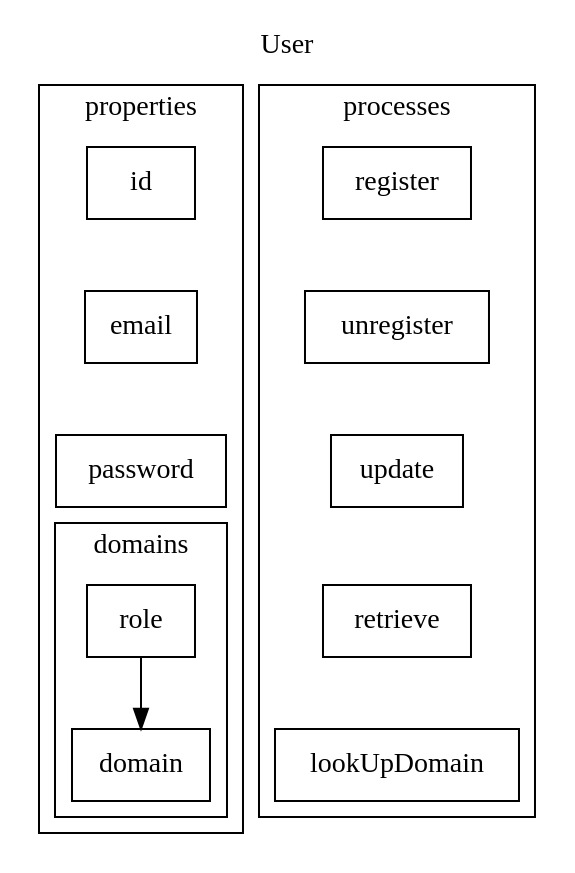
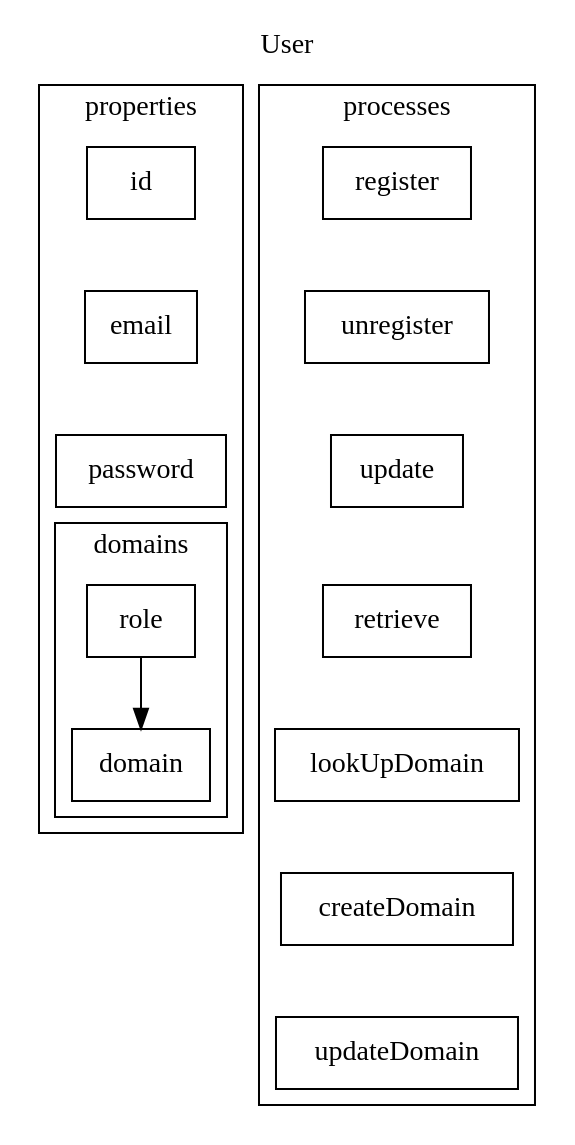
One commit to emerson-argueta/postgres-react-golang-template changed the diagram in design/models/identity/user.dot. Above: the diagram before and after it, drawn with Graphviz. The commit also changed 1 other file, not shown here.

```diff
--- a/design/models/identity/user.dot
+++ b/design/models/identity/user.dot
@@ -1,33 +1,37 @@
 digraph user{
     labelloc=t
     label="User"
     subgraph cluster_properties{
         label="properties"
         id[shape=rectangle]
         email[shape=rectangle]
         password[shape=rectangle]
         subgraph cluster_domains{
             label="domains"
             domain[shape=rectangle]
             role[shape=rectangle]
 
             role->domain
         }
 
         id->email->password->role[style=invis]
     }
     subgraph cluster_processes{
         label="processes"
         register[shape=rectangle]
         unregister[shape=rectangle]
         update[shape=rectangle]
         retrieve[shape=rectangle]
         lookUpDomain[shape=rectangle]
+        createDomain[shape=rectangle]
+        updateDomain[shape=rectangle]
 
         register->
         unregister->
         update->
         retrieve->
-        lookUpDomain[style=invis]
+        lookUpDomain->
+        createDomain->
+        updateDomain[style=invis]
     }
 }
```
